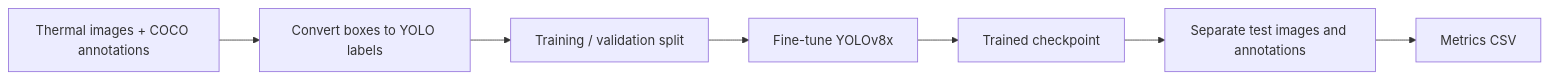
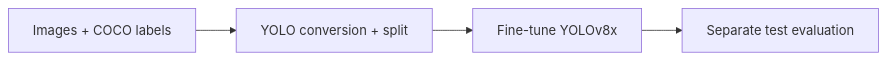
The diagram in README.md (yunakinn/thermal-image-anomaly-detection), drawn with Mermaid before and after one commit. The commit also changed other lines of this file, not shown here.

Commit message:
Highlight reported test results and simplify flow

````diff
--- a/README.md
+++ b/README.md
@@ -27,9 +35,6 @@
 ```mermaid
 flowchart LR
-    D["Thermal images + COCO annotations"] --> C["Convert boxes to YOLO labels"]
-    C --> S["Training / validation split"]
-    S --> T["Fine-tune YOLOv8x"]
-    T --> W["Trained checkpoint"]
-    W --> E["Separate test images and annotations"]
-    E --> R["Metrics CSV"]
+    D["Images + COCO labels"] --> P["YOLO conversion + split"]
+    P --> T["Fine-tune YOLOv8x"]
+    T --> E["Separate test evaluation"]
 ```
````
